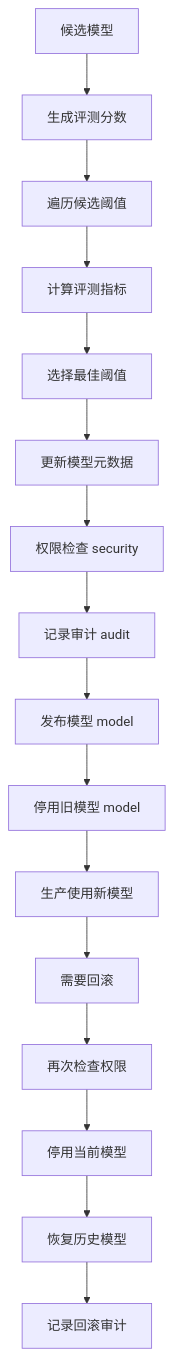
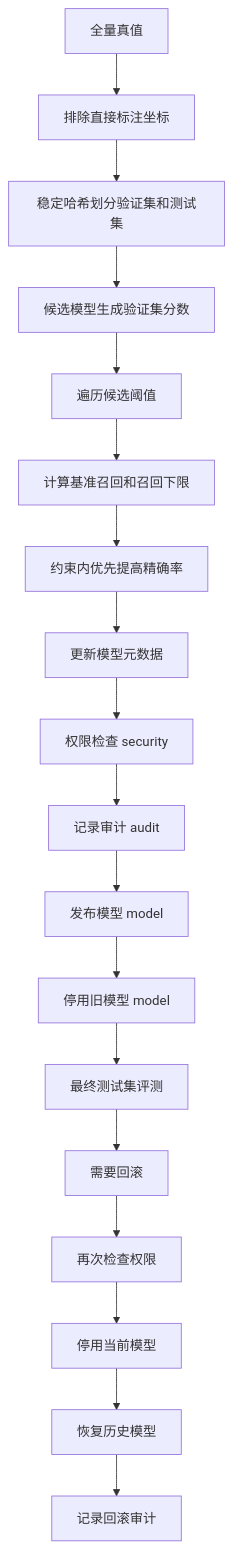
One commit to 18963603561/fmdb_udf_raha changed diagram 11 of 14 in doc/20260715/Raha工程-源码完整分析-202607150943.md. Above: the diagram before and after it, drawn with Mermaid. The commit also changed other lines of this file and 12 other files, not shown here.

````diff
--- a/doc/20260715/Raha工程-源码完整分析-202607150943.md
+++ b/doc/20260715/Raha工程-源码完整分析-202607150943.md
@@ -864,18 +955,20 @@
 ```mermaid
 graph TD;
-n01[候选模型] --> n02[生成评测分数];
-n02 --> n03[遍历候选阈值];
-n03 --> n04[计算评测指标];
-n04 --> n05[选择最佳阈值];
-n05 --> n06[更新模型元数据];
-n06 --> n07[权限检查 security];
-n07 --> n08[记录审计 audit];
-n08 --> n09[发布模型 model];
-n09 --> n10[停用旧模型 model];
-n10 --> n11[生产使用新模型];
-n11 --> n12[需要回滚];
-n12 --> n13[再次检查权限];
-n13 --> n14[停用当前模型];
-n14 --> n15[恢复历史模型];
-n15 --> n16[记录回滚审计];
+n01[全量真值] --> n02[排除直接标注坐标];
+n02 --> n03[稳定哈希划分验证集和测试集];
+n03 --> n04[候选模型生成验证集分数];
+n04 --> n05[遍历候选阈值];
+n05 --> n06[计算基准召回和召回下限];
+n06 --> n07[约束内优先提高精确率];
+n07 --> n08[更新模型元数据];
+n08 --> n09[权限检查 security];
+n09 --> n10[记录审计 audit];
+n10 --> n11[发布模型 model];
+n11 --> n12[停用旧模型 model];
+n12 --> n13[最终测试集评测];
+n13 --> n14[需要回滚];
+n14 --> n15[再次检查权限];
+n15 --> n16[停用当前模型];
+n16 --> n17[恢复历史模型];
+n17 --> n18[记录回滚审计];
 ```
````
